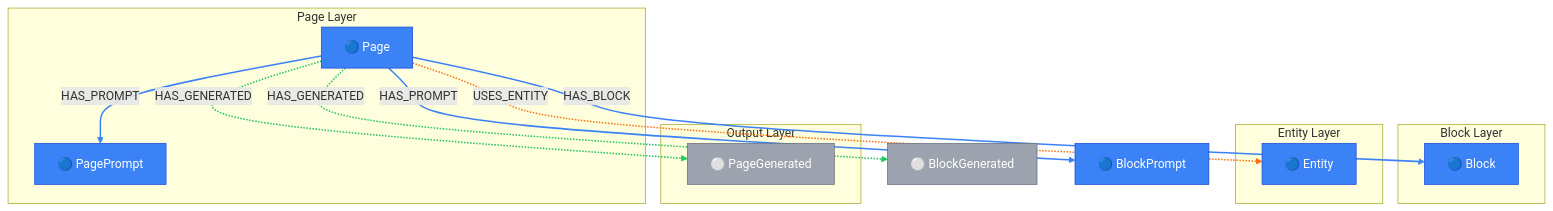
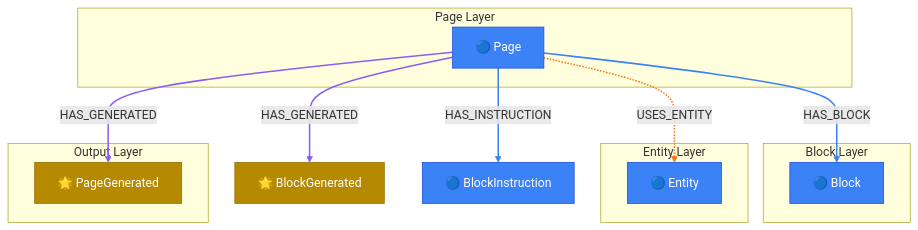
One commit to supernovae-st/novanet changed the diagram in packages/core/models/docs/page-generation-context.md. Above: the diagram before and after it, drawn with Mermaid. The commit also changed other lines of this file and 17 other files, not shown here.

````diff
--- a/packages/core/models/docs/page-generation-context.md
+++ b/packages/core/models/docs/page-generation-context.md
@@ -26,55 +26,52 @@
 ```mermaid
 flowchart TB
   %% View: Page Generation Context (page-generation-context)
-  %% 7 nodes, 6 arcs
+  %% 6 nodes, 5 arcs
 
   %% Trait styling (node_trait)
-  classDef invariant fill:#3b82f6,stroke:#1d4ed8,color:#fff
-  classDef localized fill:#22c55e,stroke:#16a34a,color:#fff
-  classDef knowledge fill:#8b5cf6,stroke:#7c3aed,color:#fff
-  classDef derived fill:#9ca3af,stroke:#6b7280,color:#fff
-  classDef job fill:#6b7280,stroke:#4b5563,color:#fff
+  classDef defined fill:#3b82f6,stroke:#1d4ed8,color:#fff
+  classDef authored fill:#22c55e,stroke:#16a34a,color:#fff
+  classDef imported fill:#8b5cf6,stroke:#7c3aed,color:#fff
+  classDef generated fill:#b58900,stroke:#996f00,color:#fff
+  classDef retrieved fill:#6c71c4,stroke:#5761b3,color:#fff
 
   subgraph PAGE_LAYER["Page Layer"]
     Page["🔵 Page"]
-    PagePrompt["🔵 PagePrompt"]
   end
 
   subgraph BLOCK_LAYER["Block Layer"]
     Block["🔵 Block"]
   end
 
   subgraph ENTITY_LAYER["Entity Layer"]
     Entity["🔵 Entity"]
   end
 
   subgraph OUTPUT_LAYER["Output Layer"]
-    PageGenerated["⚪ PageGenerated"]
+    PageGenerated["🌟 PageGenerated"]
   end
 
   %% Additional reachable nodes
-  BlockGenerated["⚪ BlockGenerated"]
-  BlockPrompt["🔵 BlockPrompt"]
+  BlockGenerated["🌟 BlockGenerated"]
+  BlockInstruction["🔵 BlockInstruction"]
 
   %% Relationships (styled by arc family)
   Page -->|HAS_BLOCK| Block
-  Page -.->|HAS_GENERATED| BlockGenerated
-  Page -.->|HAS_GENERATED| PageGenerated
-  Page -->|HAS_PROMPT| BlockPrompt
-  Page -->|HAS_PROMPT| PagePrompt
+  Page ==>|HAS_GENERATED| BlockGenerated
+  Page ==>|HAS_GENERATED| PageGenerated
+  Page -->|HAS_INSTRUCTION| BlockInstruction
   Page -.->|USES_ENTITY| Entity
 
   %% Arc colors by family
-  linkStyle 1,2 stroke:#22c55e,stroke-width:2px
-  linkStyle 0,3,4 stroke:#3b82f6,stroke-width:2px
-  linkStyle 5 stroke:#f97316,stroke-width:2px
+  linkStyle 1,2 stroke:#8b5cf6,stroke-width:2px
+  linkStyle 0,3 stroke:#3b82f6,stroke-width:2px
+  linkStyle 4 stroke:#f97316,stroke-width:2px
 
   %% Class assignments
-  class Block invariant
-  class BlockGenerated derived
-  class BlockPrompt invariant
-  class Entity invariant
-  class Page invariant
-  class PageGenerated derived
-  class PagePrompt invariant
+  class Block defined
+  class BlockGenerated generated
+  class BlockInstruction defined
+  class Entity defined
+  class Page defined
+  class PageGenerated generated
 ```
````
